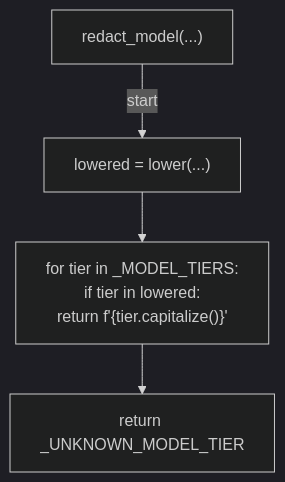
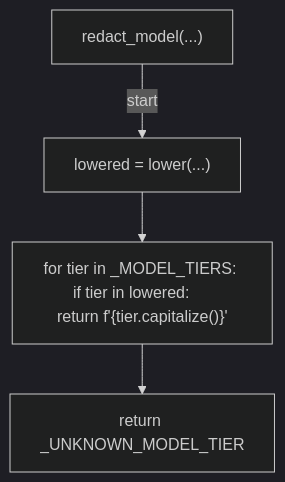
Before and after one commit to tvna/claude-md: the sixth of 15 diagrams in docs/generated/scripts/ast/session_resource_report.md, drawn with Mermaid (dark theme). The commit also changed other lines of this file and 23 other files, not shown here.

First line of the commit message:
docs(generated): regenerate decision tree and workflow diagrams (batch 4/5)

````diff
--- a/docs/generated/scripts/ast/session_resource_report.md
+++ b/docs/generated/scripts/ast/session_resource_report.md
@@ -161,12 +158,10 @@
 ```mermaid
 flowchart TD
     N001["redact_model(...)"]
     N002["lowered = lower(...)"]
-    N003["for tier in _MODEL_TIERS:
-    if tier in lowered:
-        return f'{tier.capitalize()}<str>'"]
+    N003["for tier in _MODEL_TIERS:     if tier in lowered:         return f'{tier.capitalize()}<str>'"]
     N004["return _UNKNOWN_MODEL_TIER"]
     N001 -->|"start"| N002
     N002 --> N003
     N003 --> N004
 ```
````
